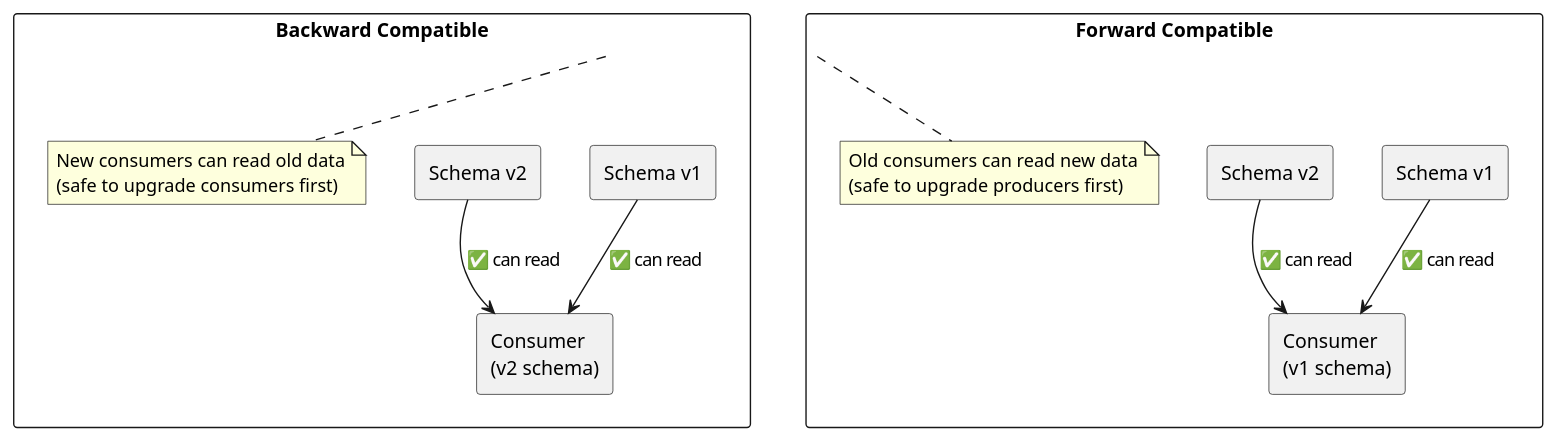
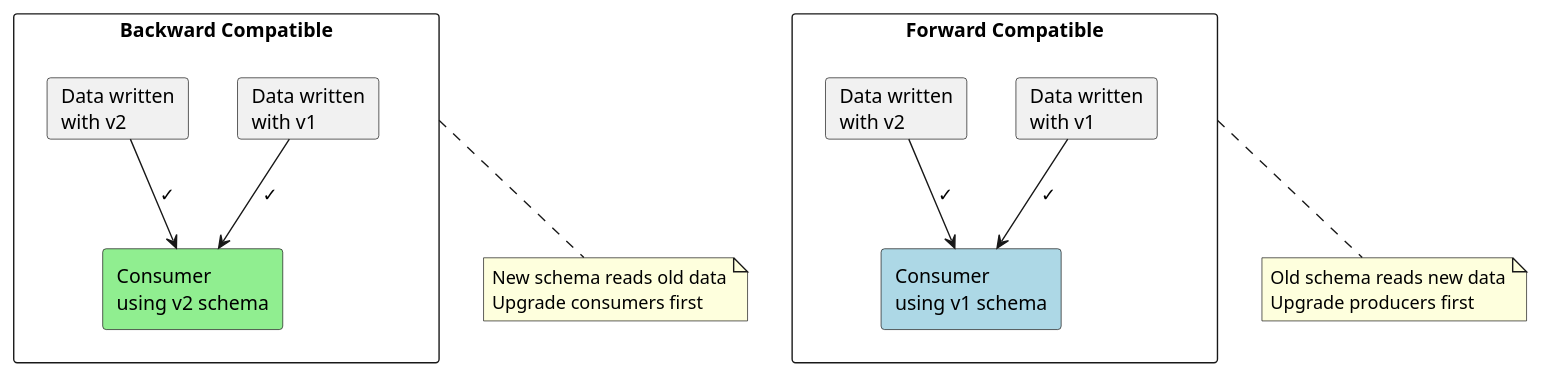
Before and after one commit to axonops/documentation: the third of 5 diagrams in docs/data-platforms/kafka/schema-registry/index.md, drawn with PlantUML. The commit also changed other lines of this file, not shown here.

Commit message:
Fix schema registry diagrams - cleaner sequence and compatibility layouts

````diff
--- a/docs/data-platforms/kafka/schema-registry/index.md
+++ b/docs/data-platforms/kafka/schema-registry/index.md
@@ -250,35 +254,40 @@
 ```plantuml
 @startuml
+skinparam backgroundColor transparent
 
-rectangle "Backward Compatible" as back {
-  rectangle "Schema v1" as v1_back
-  rectangle "Schema v2" as v2_back
-  rectangle "Consumer\n(v2 schema)" as cons_back
-
-  v1_back --> cons_back : ✅ can read
-  v2_back --> cons_back : ✅ can read
-
-  note bottom of back
-    New consumers can read old data
-    (safe to upgrade consumers first)
-  end note
+together {
+  rectangle "**Backward Compatible**" as back {
+    card "Data written\nwith v1" as d1_back
+    card "Data written\nwith v2" as d2_back
+    rectangle "Consumer\nusing v2 schema" as cons_back #lightgreen
+  }
 }
 
-rectangle "Forward Compatible" as fwd {
-  rectangle "Schema v1" as v1_fwd
-  rectangle "Schema v2" as v2_fwd
-  rectangle "Consumer\n(v1 schema)" as cons_fwd
+together {
+  rectangle "**Forward Compatible**" as fwd {
+    card "Data written\nwith v1" as d1_fwd
+    card "Data written\nwith v2" as d2_fwd
+    rectangle "Consumer\nusing v1 schema" as cons_fwd #lightblue
+  }
+}
 
-  v1_fwd --> cons_fwd : ✅ can read
-  v2_fwd --> cons_fwd : ✅ can read
+d1_back -down-> cons_back : ✓
+d2_back -down-> cons_back : ✓
 
-  note bottom of fwd
-    Old consumers can read new data
-    (safe to upgrade producers first)
-  end note
-}
+d1_fwd -down-> cons_fwd : ✓
+d2_fwd -down-> cons_fwd : ✓
 
 back -[hidden]right- fwd
 
+note bottom of back
+New schema reads old data
+Upgrade consumers first
+end note
+
+note bottom of fwd
+Old schema reads new data
+Upgrade producers first
+end note
+
 @enduml
 ```
````
